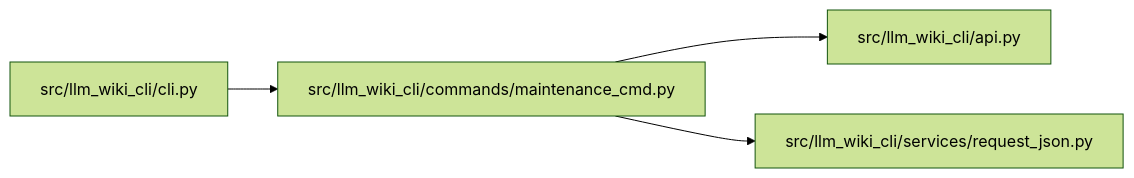
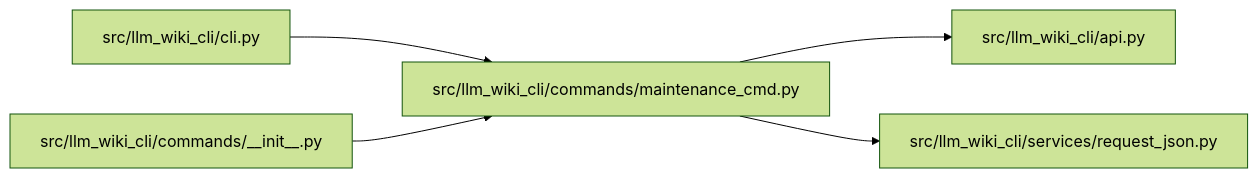
One commit to Denissvgn/python-wiki-llm changed the diagram in docs/llm_wiki/modules/maintenance_cmd.md. Above: the diagram before and after it, drawn with Mermaid (forest theme). The commit also changed other lines of this file and 554 other files, not shown here.

````diff
--- a/docs/llm_wiki/modules/maintenance_cmd.md
+++ b/docs/llm_wiki/modules/maintenance_cmd.md
@@ -21,14 +21,17 @@
 ```mermaid
 flowchart LR
     n0["src/llm_wiki_cli/api.py"]
     n1["src/llm_wiki_cli/cli.py"]
-    n2["src/llm_wiki_cli/commands/maintenance_cmd.py"]
-    n3["src/llm_wiki_cli/services/request_json.py"]
-    n1 --> n2
-    n2 --> n0
+    n2["src/llm_wiki_cli/commands/__init__.py"]
+    n3["src/llm_wiki_cli/commands/maintenance_cmd.py"]
+    n4["src/llm_wiki_cli/services/request_json.py"]
+    n1 --> n3
     n2 --> n3
+    n3 --> n0
+    n3 --> n4
     click n0 "../modules/api.md"
     click n1 "../modules/cli.md"
-    click n2 "../modules/maintenance_cmd.md"
-    click n3 "../modules/request_json.md"
+    click n2 "../modules/commands___init__.md"
+    click n3 "../modules/maintenance_cmd.md"
+    click n4 "../modules/request_json.md"
 ```
````
